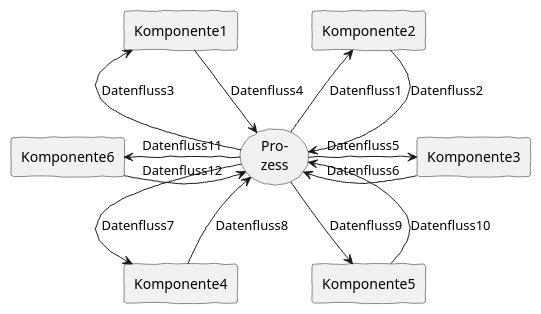
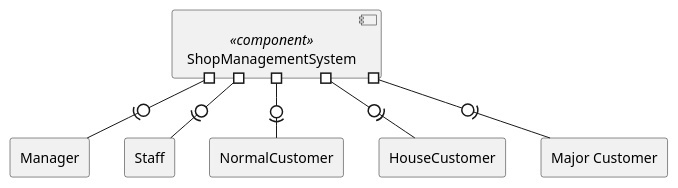
Before and after one commit to LimitlessGreen/swt18w43: the diagram in src/main/asciidoc/models/analysis/ContextDiagram.puml, drawn with PlantUML. The commit also changed 1 other file, not shown here.

Commit message:
ContextDiagram

```diff
--- a/src/main/asciidoc/models/analysis/ContextDiagram.puml
+++ b/src/main/asciidoc/models/analysis/ContextDiagram.puml
@@ -1,32 +1,27 @@
 @startuml
 skinparam componentStyle uml2
 'skinparam linetype ortho
-skinparam handwritten true
+'skinparam handwritten true
+skinparam componentStyle uml2
 
-(Pro-\nzess) as proc
-rectangle "Komponente1" as k1
-rectangle "Komponente2" as k2
-rectangle "Komponente3" as k3
-rectangle "Komponente4" as k4
-rectangle "Komponente5" as k5
-rectangle "Komponente6" as k6
 
-proc -up-> k2: Datenfluss1
-proc <-up- k2: Datenfluss2
 
-proc -up-> k1: Datenfluss3
-proc <-up- k1: Datenfluss4
+component [ShopManagementSystem] <<component>> as proc
+rectangle "Manager" as k1
+rectangle "Staff" as k2
+rectangle "NormalCustomer" as k3
+rectangle "HouseCustomer" as k4
+rectangle "Major Customer" as k5
 
-proc -right-> k3: Datenfluss5
-proc <-right- k3: Datenfluss6
+proc #-0)- k2
 
-proc -down-> k4: Datenfluss7
-proc <-down- k4: Datenfluss8
+proc #-0)- k1
 
-proc -down-> k5: Datenfluss9
-proc <-down- k5: Datenfluss10
+proc #-0)- k3
 
-proc -left-> k6: Datenfluss11
-proc <-left- k6: Datenfluss12
+proc #-0)- k4
+
+proc #-0)- k5
+
 
 @enduml
```
